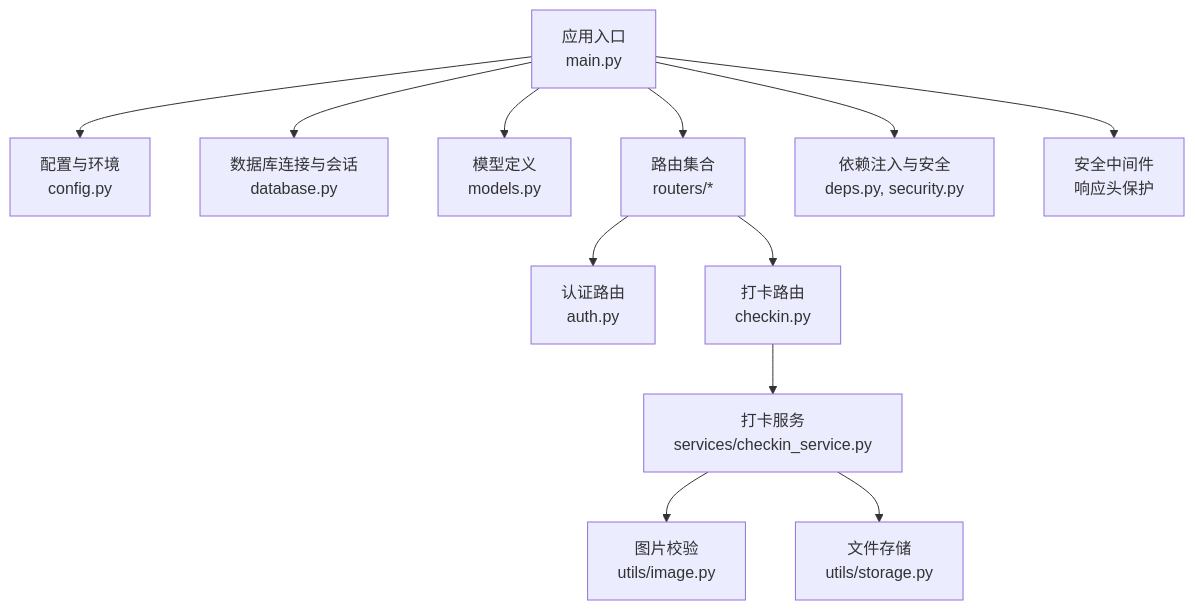
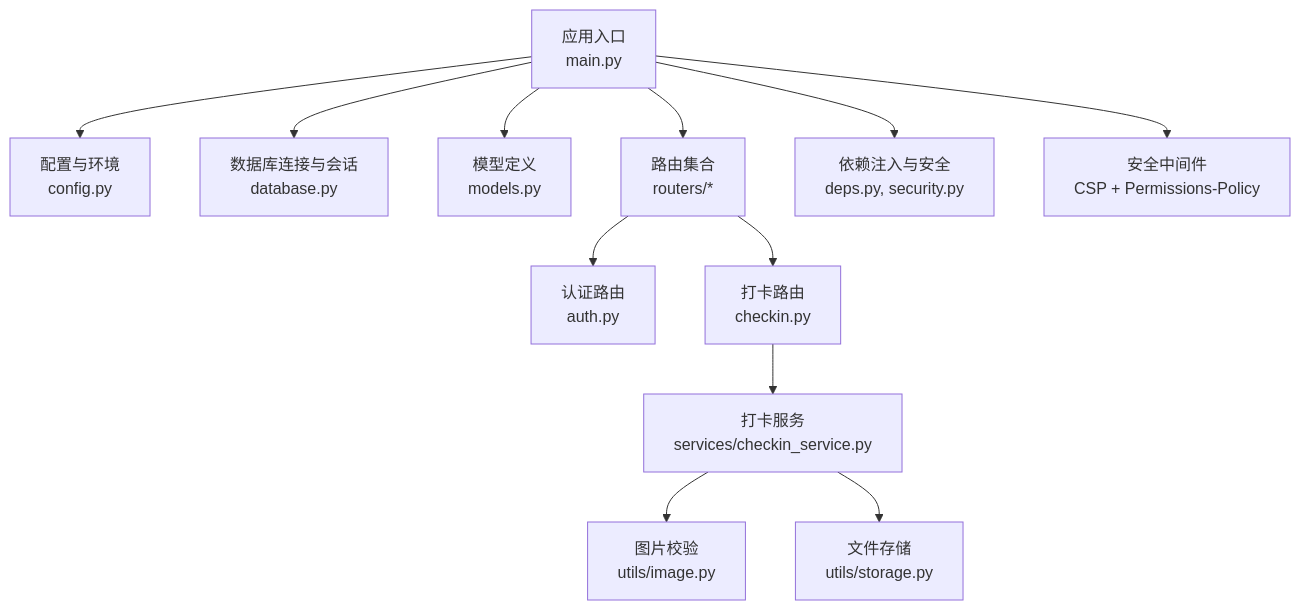
The first of 7 diagrams in .qoder/repowiki/zh/content/暑假作业打卡系统/后端服务架构/FastAPI应用核心.md (onebody/homework), drawn with Mermaid before and after one commit. The commit also changed other lines of this file and 28 other files, not shown here.

````diff
--- a/.qoder/repowiki/zh/content/暑假作业打卡系统/后端服务架构/FastAPI应用核心.md
+++ b/.qoder/repowiki/zh/content/暑假作业打卡系统/后端服务架构/FastAPI应用核心.md
@@ -58,14 +60,14 @@
 ```mermaid
 graph TB
 A["应用入口<br/>main.py"] --> B["配置与环境<br/>config.py"]
 A --> C["数据库连接与会话<br/>database.py"]
 A --> D["模型定义<br/>models.py"]
 A --> E["路由集合<br/>routers/*"]
 E --> F["认证路由<br/>auth.py"]
 E --> G["打卡路由<br/>checkin.py"]
 A --> H["依赖注入与安全<br/>deps.py, security.py"]
 G --> I["打卡服务<br/>services/checkin_service.py"]
 I --> J["图片校验<br/>utils/image.py"]
 I --> K["文件存储<br/>utils/storage.py"]
-A --> L["安全中间件<br/>响应头保护"]
+A --> L["安全中间件<br/>CSP + Permissions-Policy"]
 ```
````
